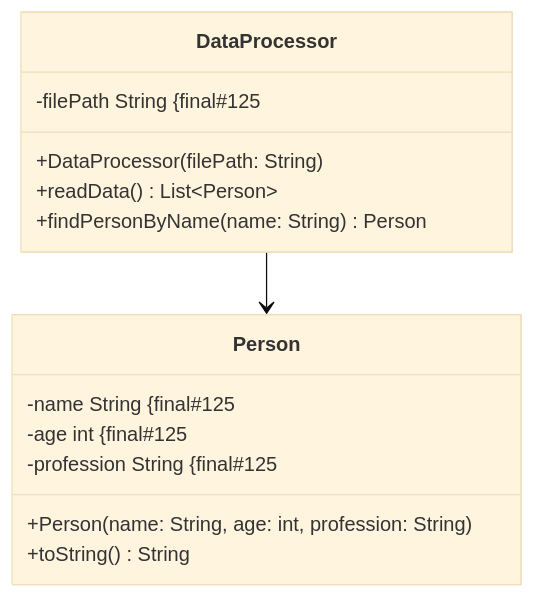
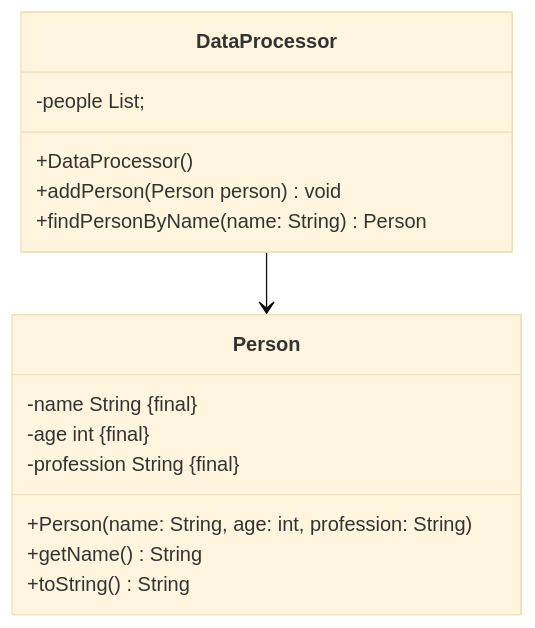
Before and after one commit to wielandjan/java_helloWorld_1: the second of 5 diagrams in scr/exercises/Programmieren1/SampleExam/ReadMe.md, drawn with Mermaid (base theme). The commit also changed other lines of this file and 4 other files, not shown here.

````diff
--- a/scr/exercises/Programmieren1/SampleExam/ReadMe.md
+++ b/scr/exercises/Programmieren1/SampleExam/ReadMe.md
@@ -63,19 +63,20 @@
 ```mermaid
 classDiagram
     class DataProcessor {
-        -filePath String #123;final#125
-        +DataProcessor(filePath: String)
-        +readData() List~Person~
+        -people List<Person>;
+        +DataProcessor()
+        +addPerson(Person person) void
         +findPersonByName(name: String) Person
     }
 
     class Person {
-        -name String #123;final#125
-        -age int #123;final#125
-        -profession String #123;final#125
+        -name String #123;final#125;
+        -age int #123;final#125;
+        -profession String #123;final#125;
         +Person(name: String, age: int, profession: String)
+        +getName() String
         +toString() String
     }
 
     DataProcessor --> Person
 ```
````
